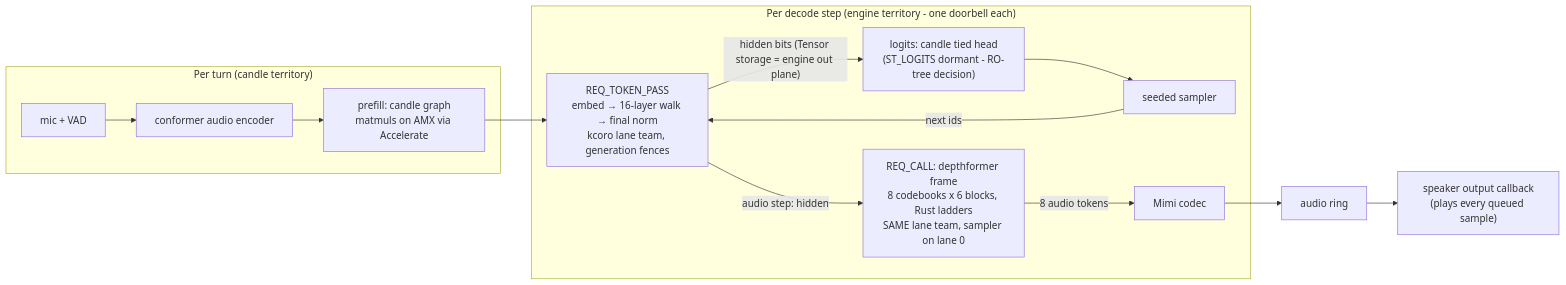
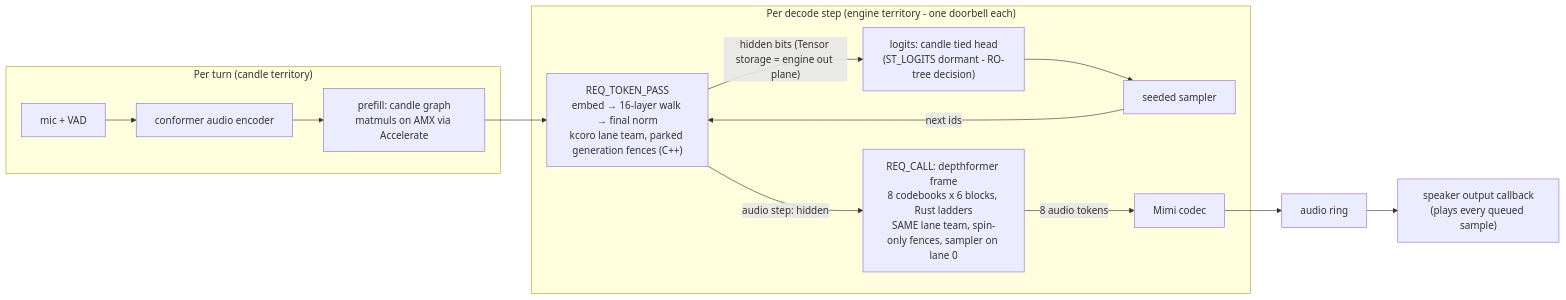
Before and after one commit to SolaceHarmony/emberharmony: the first of 2 diagrams in crates/liquid-audio/docs/DECODE_ENGINE.md, drawn with Mermaid. The commit also changed other lines of this file and 3 other files, not shown here.

````diff
--- a/crates/liquid-audio/docs/DECODE_ENGINE.md
+++ b/crates/liquid-audio/docs/DECODE_ENGINE.md
@@ -28,17 +28,17 @@
 ```mermaid
 flowchart LR
     subgraph turn["Per turn (candle territory)"]
         MIC["mic + VAD"] --> CONF["conformer audio encoder"]
         CONF --> PRE["prefill: candle graph<br/>matmuls on AMX via Accelerate"]
     end
     subgraph token["Per decode step (engine territory - one doorbell each)"]
-        TP["REQ_TOKEN_PASS<br/>embed → 16-layer walk → final norm<br/>kcoro lane team, generation fences"]
+        TP["REQ_TOKEN_PASS<br/>embed → 16-layer walk → final norm<br/>kcoro lane team, parked generation fences (C++)"]
         TP -- "hidden bits (Tensor storage = engine out plane)" --> HEAD["logits: candle tied head<br/>(ST_LOGITS dormant - RO-tree decision)"]
         HEAD --> SAMP["seeded sampler"]
         SAMP -- "next ids" --> TP
-        TP -- "audio step: hidden" --> DF["REQ_CALL: depthformer frame<br/>8 codebooks x 6 blocks, Rust ladders<br/>SAME lane team, sampler on lane 0"]
+        TP -- "audio step: hidden" --> DF["REQ_CALL: depthformer frame<br/>8 codebooks x 6 blocks, Rust ladders<br/>SAME lane team, spin-only fences, sampler on lane 0"]
         DF -- "8 audio tokens" --> MIMI["Mimi codec"]
     end
     PRE --> TP
     MIMI --> RING["audio ring"] --> SPK["speaker output callback<br/>(plays every queued sample)"]
 ```
````
